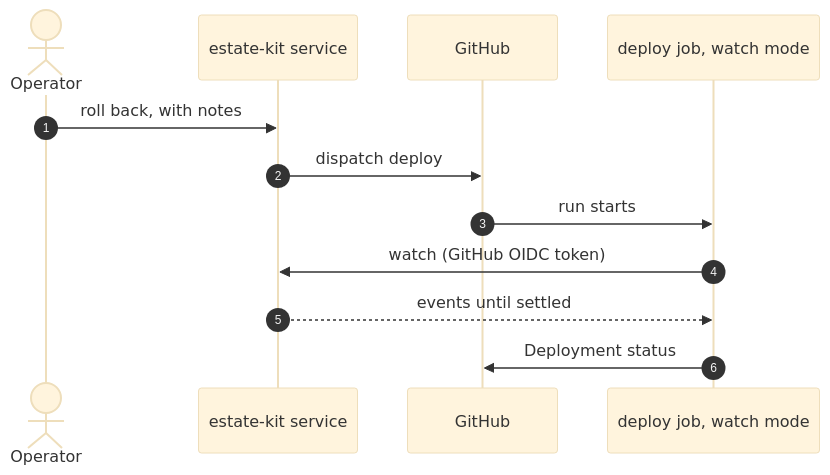
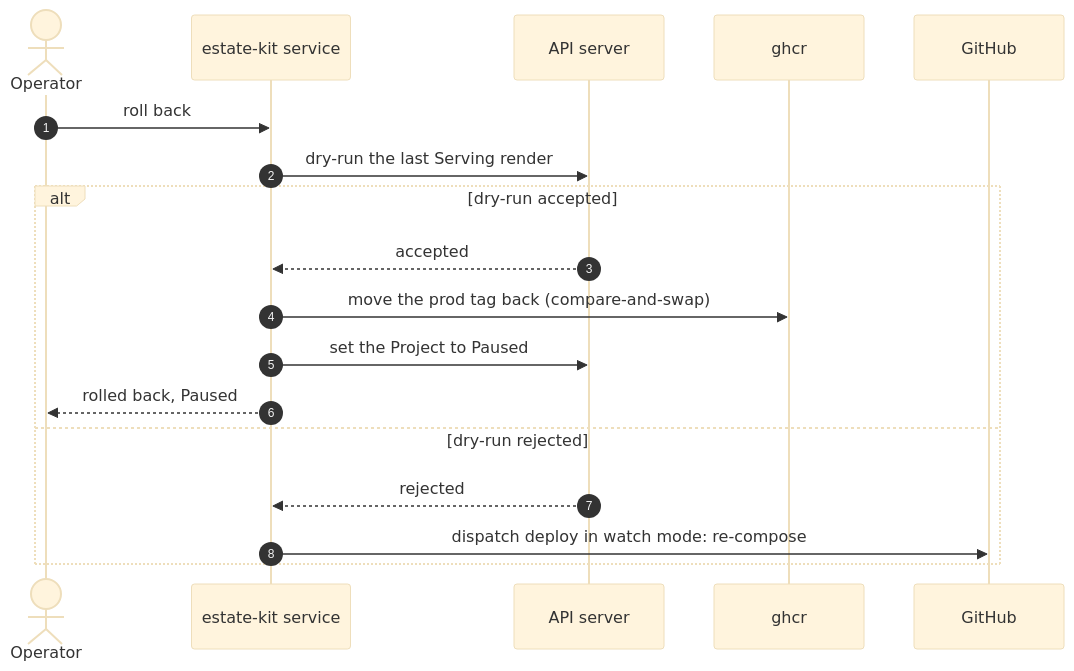
Before and after one commit to JorisJonkers-dev/estate-kit: the diagram in docs/diagrams/raw/seq-rollback.mmd, drawn with Mermaid (base theme). The commit also changed 76 other files, not shown here.

```diff
--- a/docs/diagrams/raw/seq-rollback.mmd
+++ b/docs/diagrams/raw/seq-rollback.mmd
@@ -1,13 +1,19 @@
-%% title: Roll back a Project from the UI
+%% title: Roll back a Project: the fast path signs and composes nothing
 sequenceDiagram
     autonumber
     actor Op as Operator
     participant S as estate-kit service
+    participant K as API server
+    participant O as ghcr
     participant GH as GitHub
-    participant CI as deploy job, watch mode
-    Op->>S: roll back, with notes
-    S->>GH: dispatch deploy
-    GH->>CI: run starts
-    CI->>S: watch (GitHub OIDC token)
-    S-->>CI: events until settled
-    CI->>GH: Deployment status
+    Op->>S: roll back
+    S->>K: dry-run the last Serving render
+    alt dry-run accepted
+        K-->>S: accepted
+        S->>O: move the prod tag back (compare-and-swap)
+        S->>K: set the Project to Paused
+        S-->>Op: rolled back, Paused
+    else dry-run rejected
+        K-->>S: rejected
+        S->>GH: dispatch deploy in watch mode: re-compose
+    end
```
